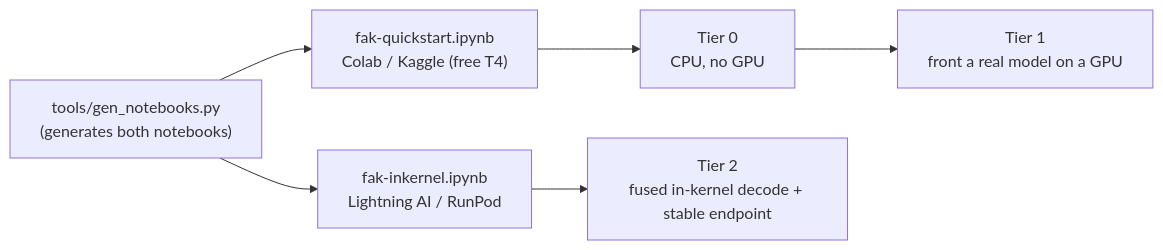
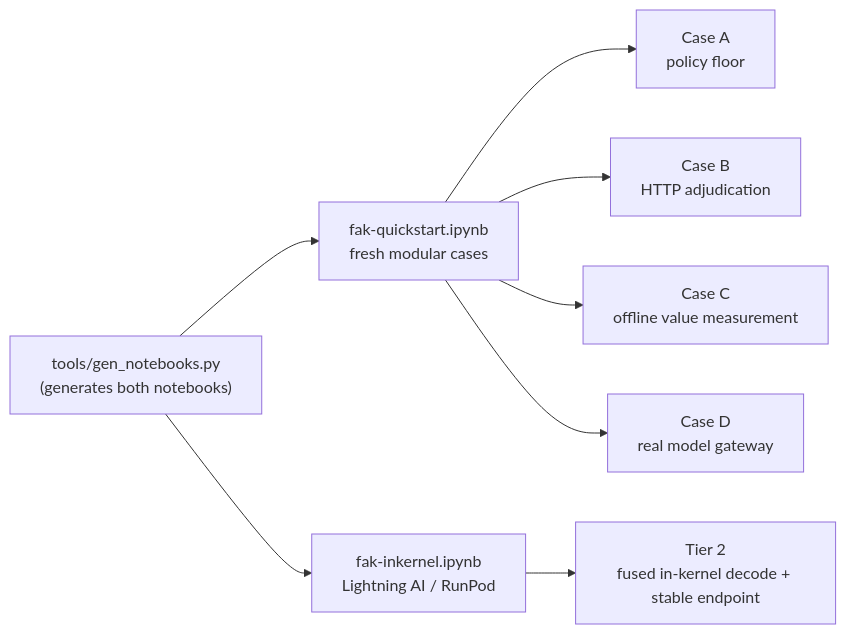
One commit to anthony-chaudhary/fak changed the diagram in notebooks/README.md. Above: the diagram before and after it, drawn with Mermaid. The commit also changed other lines of this file and 3 other files, not shown here.

Commit message:
docs(notebooks): refresh modular quickstart demos (fak tools)

````diff
--- a/notebooks/README.md
+++ b/notebooks/README.md
@@ -7,14 +7,18 @@
 ```mermaid
 flowchart LR
     GEN["tools/gen_notebooks.py<br/>(generates both notebooks)"]
-    QS["fak-quickstart.ipynb<br/>Colab / Kaggle (free T4)"]
+    QS["fak-quickstart.ipynb<br/>fresh modular cases"]
     IK["fak-inkernel.ipynb<br/>Lightning AI / RunPod"]
-    T0["Tier 0<br/>CPU, no GPU"]
-    T1["Tier 1<br/>front a real model on a GPU"]
+    A["Case A<br/>policy floor"]
+    B["Case B<br/>HTTP adjudication"]
+    C["Case C<br/>offline value measurement"]
+    D["Case D<br/>real model gateway"]
     T2["Tier 2<br/>fused in-kernel decode + stable endpoint"]
     GEN --> QS
     GEN --> IK
-    QS --> T0
-    T0 --> T1
+    QS --> A
+    QS --> B
+    QS --> C
+    QS --> D
     IK --> T2
 ```
````
